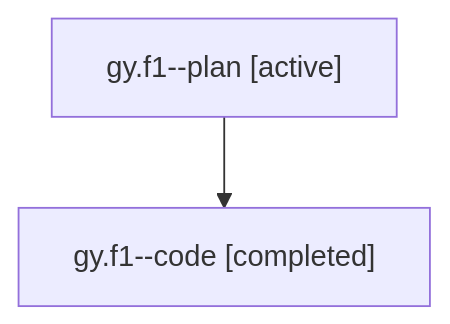
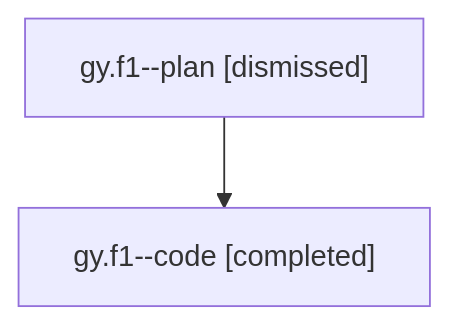
One commit to sase-org/sase--agents changed the diagram in sessions/bbugyi200.athena.gy.f1.md. Above: the diagram before and after it, drawn with Mermaid. The commit also changed other lines of this file and 74 other files, not shown here.

````diff
--- a/sessions/bbugyi200.athena.gy.f1.md
+++ b/sessions/bbugyi200.athena.gy.f1.md
@@ -9,6 +9,6 @@
 ```mermaid
 flowchart TD
-  n0["gy.f1--plan [active]"]
+  n0["gy.f1--plan [dismissed]"]
   n1["gy.f1--code [completed]"]
   n0 --> n1
 ```
````
